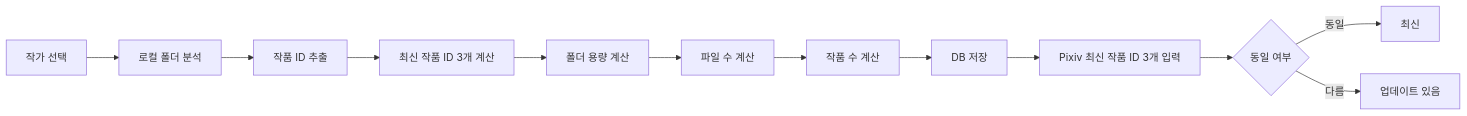
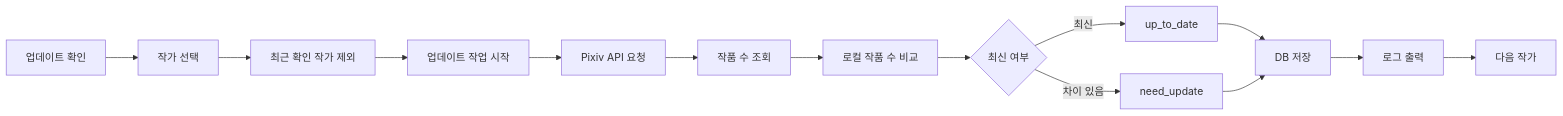
The sixth of 13 diagrams in docs/03_SYSTEM_FLOW.md (PKT0623/PixivLocalManager), drawn with Mermaid before and after one commit. The commit also changed other lines of this file and 11 other files, not shown here.

````diff
--- a/docs/03_SYSTEM_FLOW.md
+++ b/docs/03_SYSTEM_FLOW.md
@@ -96,27 +127,30 @@
 ```mermaid
 flowchart LR
 
-A[작가 선택]
+A[업데이트 확인]
 
-A --> B[로컬 폴더 분석]
+A --> B[작가 선택]
 
-B --> C[작품 ID 추출]
+B --> C[최근 확인 작가 제외]
 
-C --> D[최신 작품 ID 3개 계산]
+C --> D[업데이트 작업 시작]
 
-D --> E[폴더 용량 계산]
+D --> E[Pixiv API 요청]
 
-E --> F[파일 수 계산]
+E --> F[작품 수 조회]
 
-F --> G[작품 수 계산]
+F --> G[로컬 작품 수 비교]
 
-G --> H[DB 저장]
+G --> H{최신 여부}
 
-H --> I[Pixiv 최신 작품 ID 3개 입력]
+H -- 최신 --> I[up_to_date]
 
-I --> J{동일 여부}
+H -- 차이 있음 --> J[need_update]
 
-J -- 동일 --> K[최신]
+I --> K[DB 저장]
+J --> K
 
-J -- 다름 --> L[업데이트 있음]
+K --> L[로그 출력]
+
+L --> M[다음 작가]
 ```
````
